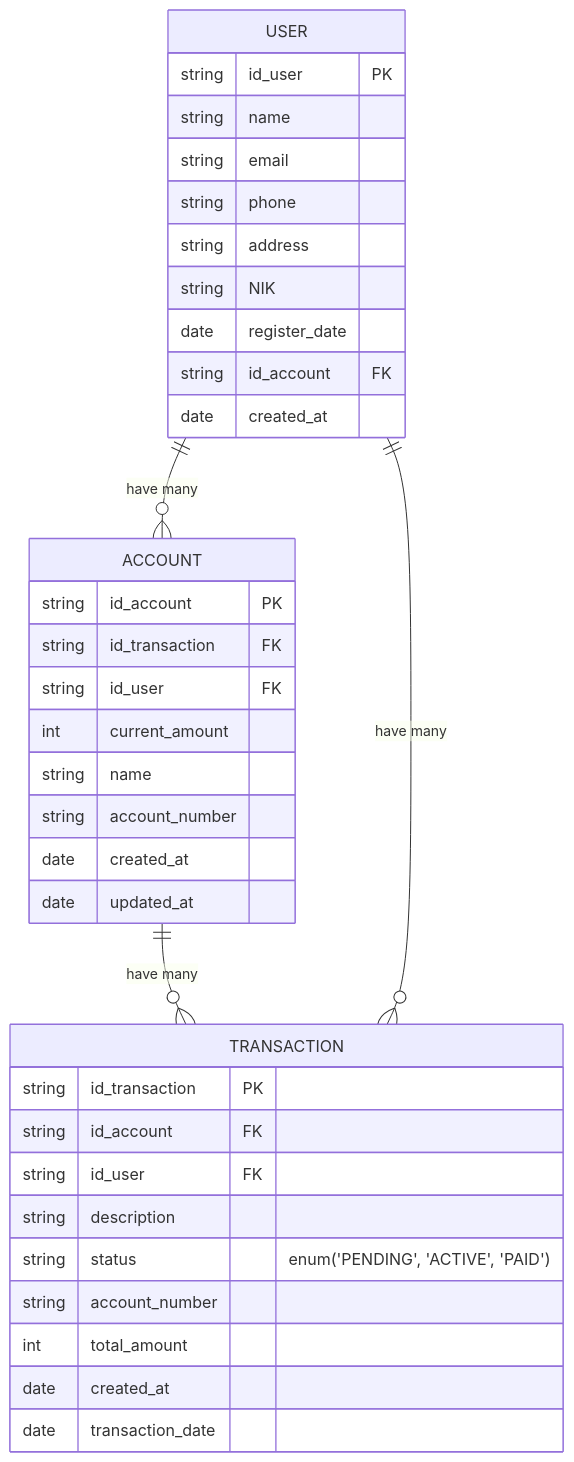
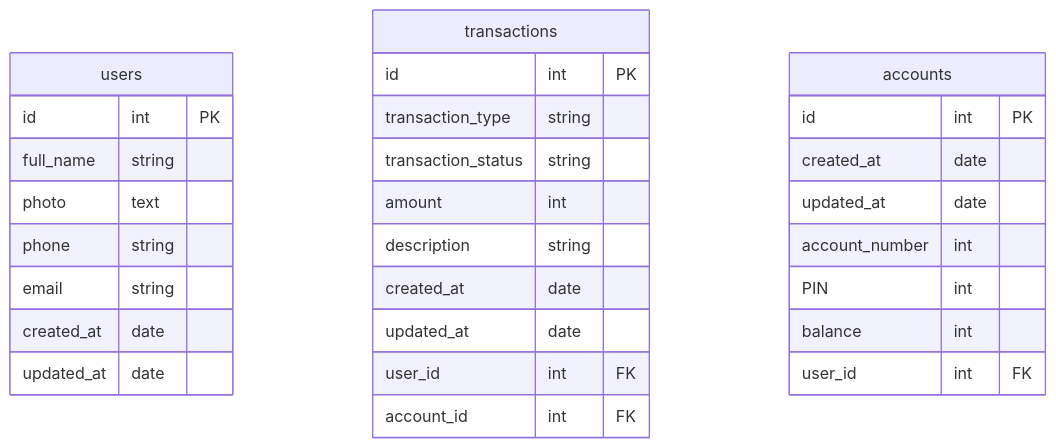
Before and after one commit to bando9/koda-b1-weekly3: the diagram in README.md, drawn with Mermaid. The commit also changed other lines of this file and 2 other files, not shown here.

````diff
--- a/README.md
+++ b/README.md
@@ -3,45 +79,41 @@
 ```mermaid
 
+
 erDiagram
-    USER {
-        string id_user PK
-        string name
-        string email
-        string phone
-        string address
-        string NIK
-        date register_date
-        string id_account FK
-        date created_at
-    }
 
-    ACCOUNT {
-        string id_account PK
-        string id_transaction FK
-        string id_user FK
-        int current_amount
-        string name
-        string account_number
-        date created_at
-        date updated_at
-    }
+users{
+    id int PK
+    full_name string
+    photo text
+    phone string
+    email string
+    created_at date
+    updated_at date
+}
 
-    USER ||--}o ACCOUNT: "have many"
+transactions{
+    id int PK
+    transaction_type string
+    transaction_status string
+    amount int
+    description string
+    created_at date
+    updated_at date
 
-    TRANSACTION {
-        string id_transaction PK
-        string id_account FK
-        string id_user FK
-        string description
-        string status "enum('PENDING', 'ACTIVE', 'PAID')"
-        string account_number
-        int total_amount
-        date created_at
-        date transaction_date
-    }
+    user_id int FK
+    account_id int FK
+}
 
-    ACCOUNT ||--}o TRANSACTION:"have many"
-    USER ||--}o TRANSACTION: "have many"
+accounts{
+    id int PK
+    created_at date
+    updated_at date
+    account_number int
+    PIN int
+    balance int
+
+    user_id int FK
+}
 
 
 ```
````
